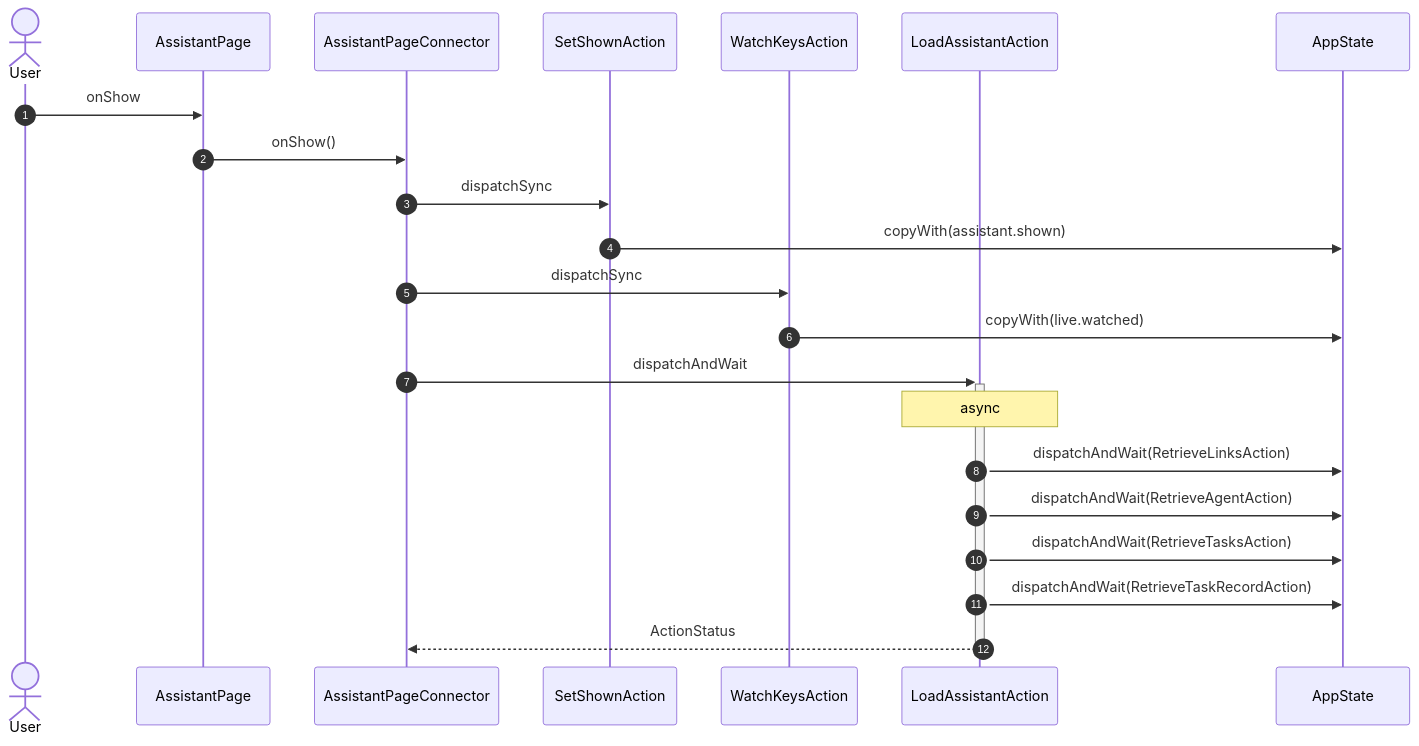
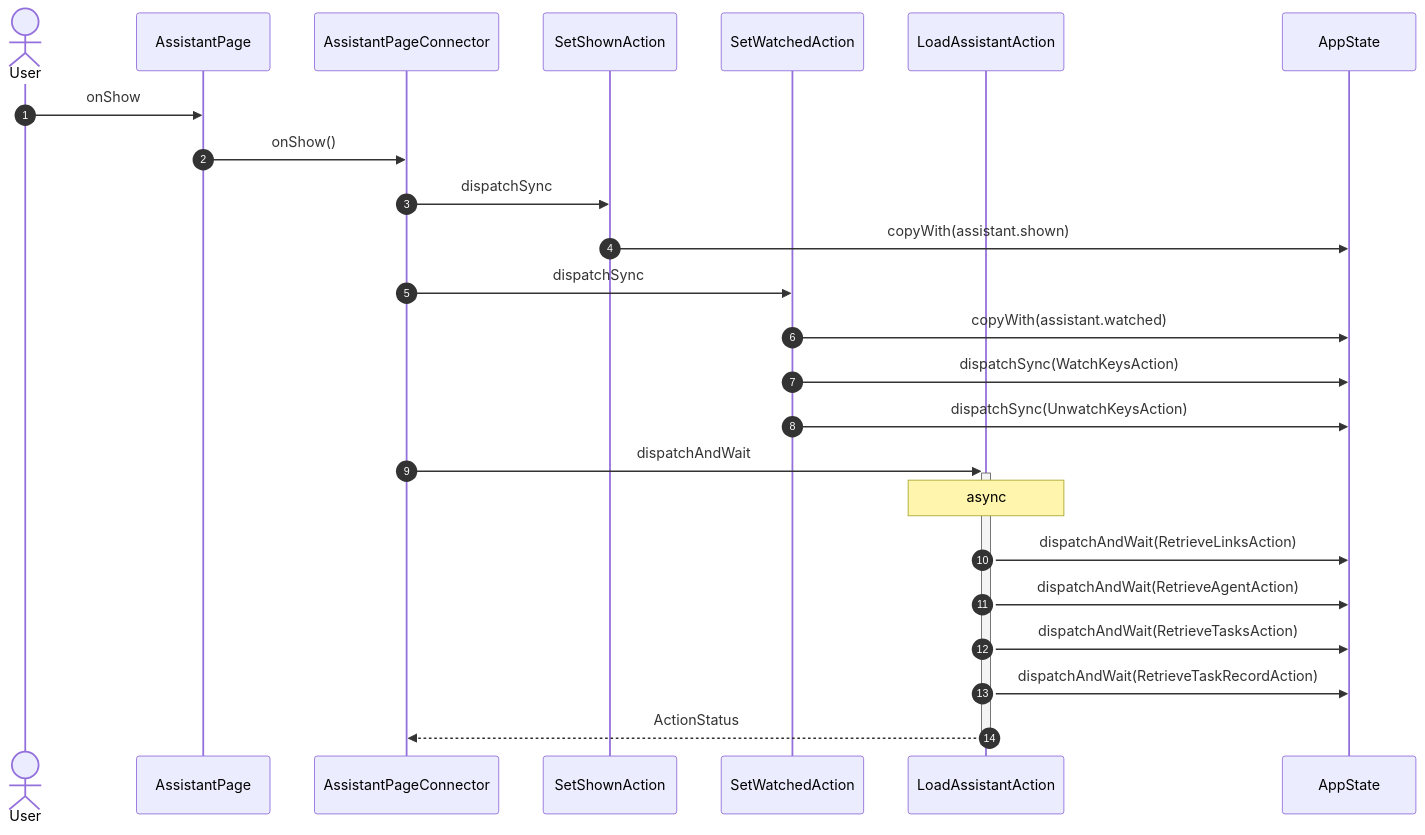
One commit to gencto/wyrm changed the second of 10 diagrams in studio/docs/flows/assistant.md. Above: the diagram before and after it, drawn with Mermaid. The commit also changed other lines of this file and 18 other files, not shown here.

````diff
--- a/studio/docs/flows/assistant.md
+++ b/studio/docs/flows/assistant.md
@@ -26,25 +26,27 @@
 ```mermaid
 sequenceDiagram
     autonumber
     actor User
     participant UI as AssistantPage
     participant VM as AssistantPageConnector
     participant A1 as SetShownAction
-    participant A2 as WatchKeysAction
+    participant A2 as SetWatchedAction
     participant A3 as LoadAssistantAction
     participant ST as AppState
 
     User->>UI: onShow
     UI->>VM: onShow()
     VM->>A1: dispatchSync
     A1->>ST: copyWith(assistant.shown)
     VM->>A2: dispatchSync
-    A2->>ST: copyWith(live.watched)
+    A2->>ST: copyWith(assistant.watched)
+    A2->>ST: dispatchSync(WatchKeysAction)
+    A2->>ST: dispatchSync(UnwatchKeysAction)
     VM->>+A3: dispatchAndWait
     Note over A3: async
     A3->>ST: dispatchAndWait(RetrieveLinksAction)
     A3->>ST: dispatchAndWait(RetrieveAgentAction)
     A3->>ST: dispatchAndWait(RetrieveTasksAction)
     A3->>ST: dispatchAndWait(RetrieveTaskRecordAction)
     A3-->>-VM: ActionStatus
 ```
````
